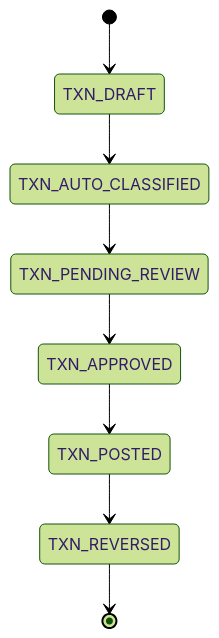
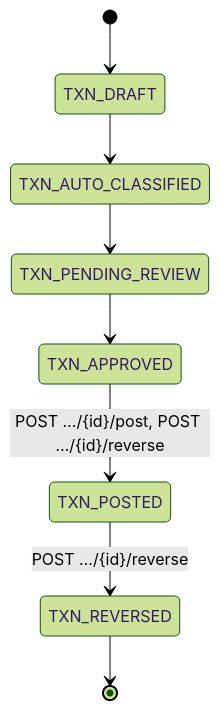
Before and after one commit to mdavila-2001/mantra-core-health-api: the third of 30 diagrams in docs/inventario/flujos/accounting.md, drawn with Mermaid (forest theme). The commit also changed 9 other files, not shown here.

````diff
--- a/docs/inventario/flujos/accounting.md
+++ b/docs/inventario/flujos/accounting.md
@@ -317,10 +317,10 @@
 ```mermaid
 stateDiagram-v2
   [*] --> TXN_DRAFT
   TXN_DRAFT --> TXN_AUTO_CLASSIFIED
   TXN_AUTO_CLASSIFIED --> TXN_PENDING_REVIEW
   TXN_PENDING_REVIEW --> TXN_APPROVED
-  TXN_APPROVED --> TXN_POSTED
-  TXN_POSTED --> TXN_REVERSED
+  TXN_APPROVED --> TXN_POSTED : POST …/{id}/post, POST …/{id}/reverse
+  TXN_POSTED --> TXN_REVERSED : POST …/{id}/reverse
   TXN_REVERSED --> [*]
 ```
````
